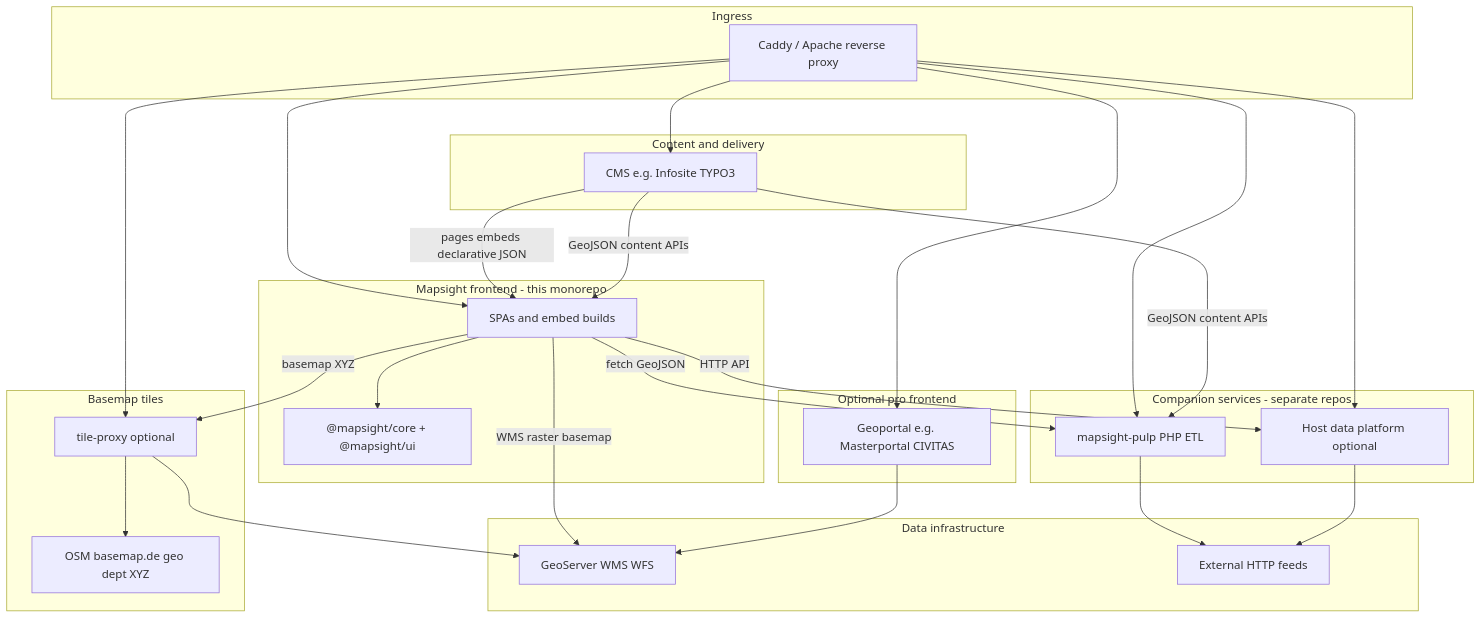
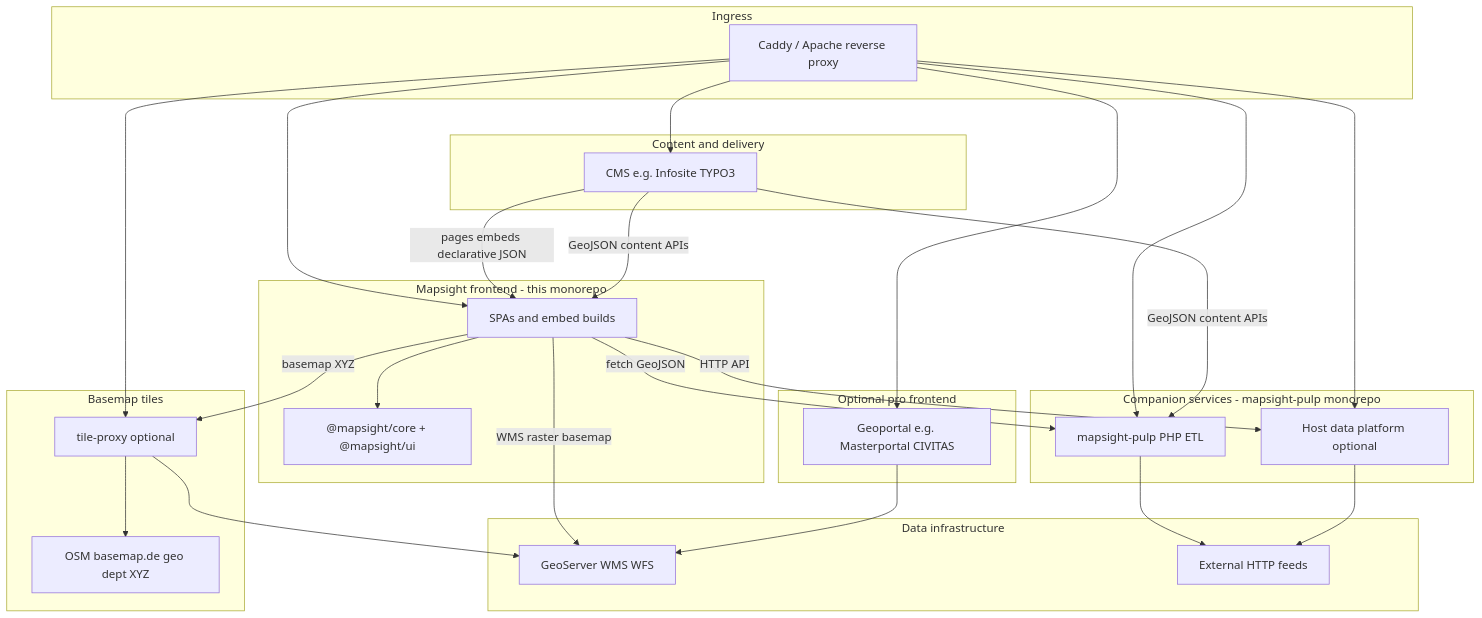
The diagram in docs/architecture/ECOSYSTEM.md (open-mapsight/mapsight), drawn with Mermaid before and after one commit. The commit also changed other lines of this file and 8 other files, not shown here.

First line of the commit message:
docs: update mapsight-pulp ecosystem links (#86)

````diff
--- a/docs/architecture/ECOSYSTEM.md
+++ b/docs/architecture/ECOSYSTEM.md
@@ -15,47 +15,47 @@
 ```mermaid
 flowchart TB
   subgraph ingress [Ingress]
     Proxy["Caddy / Apache reverse proxy"]
   end
   subgraph content [Content and delivery]
     CMS["CMS e.g. Infosite TYPO3"]
   end
   subgraph frontend [Mapsight frontend - this monorepo]
     Apps["SPAs and embed builds"]
     Packages["@mapsight/core + @mapsight/ui"]
   end
-  subgraph backend [Companion services - separate repos]
+  subgraph backend [Companion services - mapsight-pulp monorepo]
     Pulp["mapsight-pulp PHP ETL"]
     Platform["Host data platform optional"]
   end
   subgraph optional [Optional pro frontend]
     GP["Geoportal e.g. Masterportal CIVITAS"]
   end
   subgraph data [Data infrastructure]
     GS["GeoServer WMS WFS"]
     Ext["External HTTP feeds"]
   end
   subgraph basemap [Basemap tiles]
     TileProxy["tile-proxy optional"]
     Upstream["OSM basemap.de geo dept XYZ"]
   end
   Proxy --> CMS
   Proxy --> Apps
   Proxy --> Pulp
   Proxy --> Platform
   Proxy --> GP
   Proxy --> TileProxy
   CMS -->|"pages embeds declarative JSON"| Apps
   CMS -->|"GeoJSON content APIs"| Pulp
   CMS -->|"GeoJSON content APIs"| Apps
   Apps --> Packages
   Apps -->|"fetch GeoJSON"| Pulp
   Apps -->|"HTTP API"| Platform
   Apps -->|"basemap XYZ"| TileProxy
   Apps -->|"WMS raster basemap"| GS
   TileProxy --> Upstream
   TileProxy --> GS
   GP --> GS
   Pulp --> Ext
   Platform --> Ext
 ```
````
